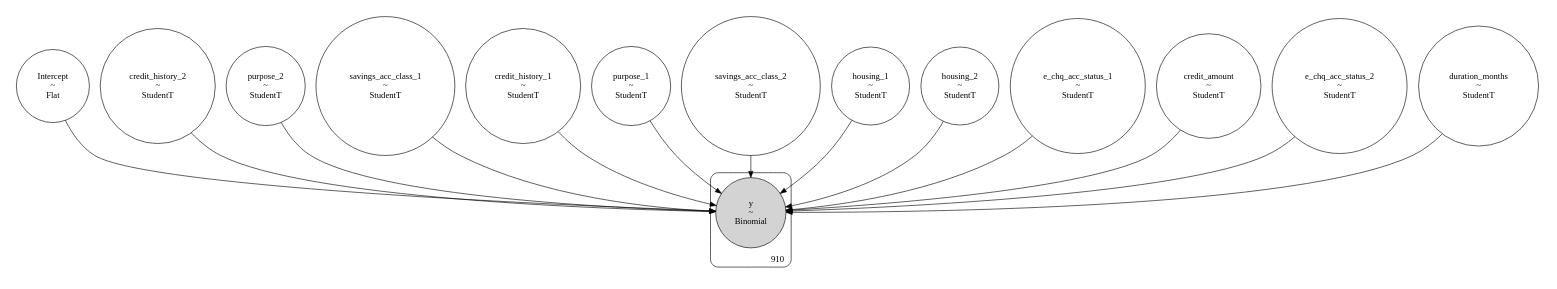
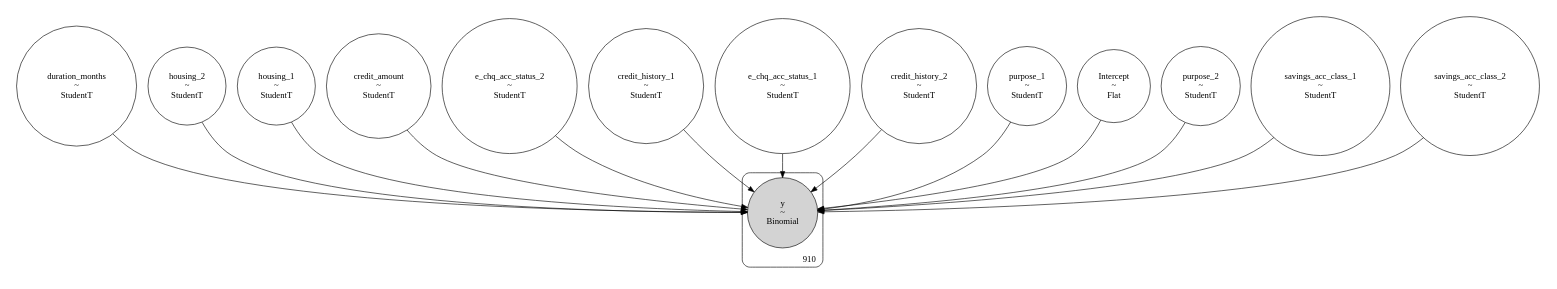
One commit to briefings/credit changed the diagram in warehouse/model/model.gv. Above: the diagram before and after it, drawn with Graphviz. The commit also changed other lines of this file, not shown here.

```diff
--- a/warehouse/model/model.gv
+++ b/warehouse/model/model.gv
@@ -1,62 +1,62 @@
 digraph {
 	graph [size="11.3,11.9"]
 	node [shape=circle]
-	Intercept [label="Intercept
-~
-Flat"]
-	credit_history_2 [label="credit_history_2
-~
-StudentT"]
-	purpose_2 [label="purpose_2
-~
-StudentT"]
-	savings_acc_class_1 [label="savings_acc_class_1
-~
-StudentT"]
-	credit_history_1 [label="credit_history_1
-~
-StudentT"]
-	purpose_1 [label="purpose_1
-~
-StudentT"]
-	savings_acc_class_2 [label="savings_acc_class_2
-~
-StudentT"]
-	housing_1 [label="housing_1
+	duration_months [label="duration_months
 ~
 StudentT"]
 	housing_2 [label="housing_2
 ~
 StudentT"]
-	e_chq_acc_status_1 [label="e_chq_acc_status_1
+	housing_1 [label="housing_1
 ~
 StudentT"]
 	credit_amount [label="credit_amount
 ~
 StudentT"]
 	e_chq_acc_status_2 [label="e_chq_acc_status_2
 ~
 StudentT"]
-	duration_months [label="duration_months
+	credit_history_1 [label="credit_history_1
+~
+StudentT"]
+	e_chq_acc_status_1 [label="e_chq_acc_status_1
+~
+StudentT"]
+	credit_history_2 [label="credit_history_2
+~
+StudentT"]
+	purpose_1 [label="purpose_1
+~
+StudentT"]
+	Intercept [label="Intercept
+~
+Flat"]
+	purpose_2 [label="purpose_2
+~
+StudentT"]
+	savings_acc_class_1 [label="savings_acc_class_1
+~
+StudentT"]
+	savings_acc_class_2 [label="savings_acc_class_2
 ~
 StudentT"]
 	subgraph cluster910 {
 		y [label="y
 ~
 Binomial" style=filled]
 		label=910 labeljust=r labelloc=b style=rounded
 	}
+	duration_months -> y
+	housing_2 -> y
+	credit_amount -> y
+	credit_history_1 -> y
+	e_chq_acc_status_2 -> y
+	credit_history_2 -> y
+	e_chq_acc_status_1 -> y
+	savings_acc_class_1 -> y
 	Intercept -> y
-	credit_history_2 -> y
+	savings_acc_class_2 -> y
+	housing_1 -> y
+	purpose_1 -> y
 	purpose_2 -> y
-	savings_acc_class_1 -> y
-	credit_history_1 -> y
-	savings_acc_class_2 -> y
-	purpose_1 -> y
-	housing_2 -> y
-	housing_1 -> y
-	e_chq_acc_status_1 -> y
-	credit_amount -> y
-	e_chq_acc_status_2 -> y
-	duration_months -> y
 }
```
